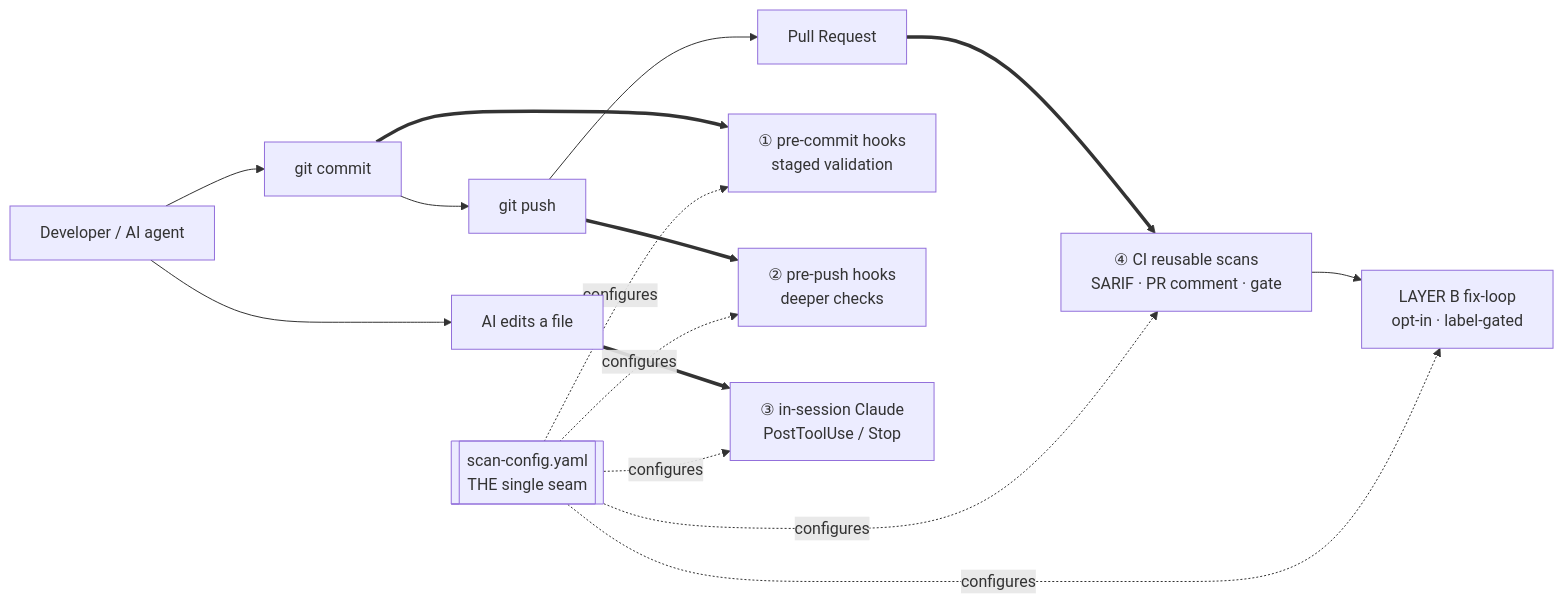
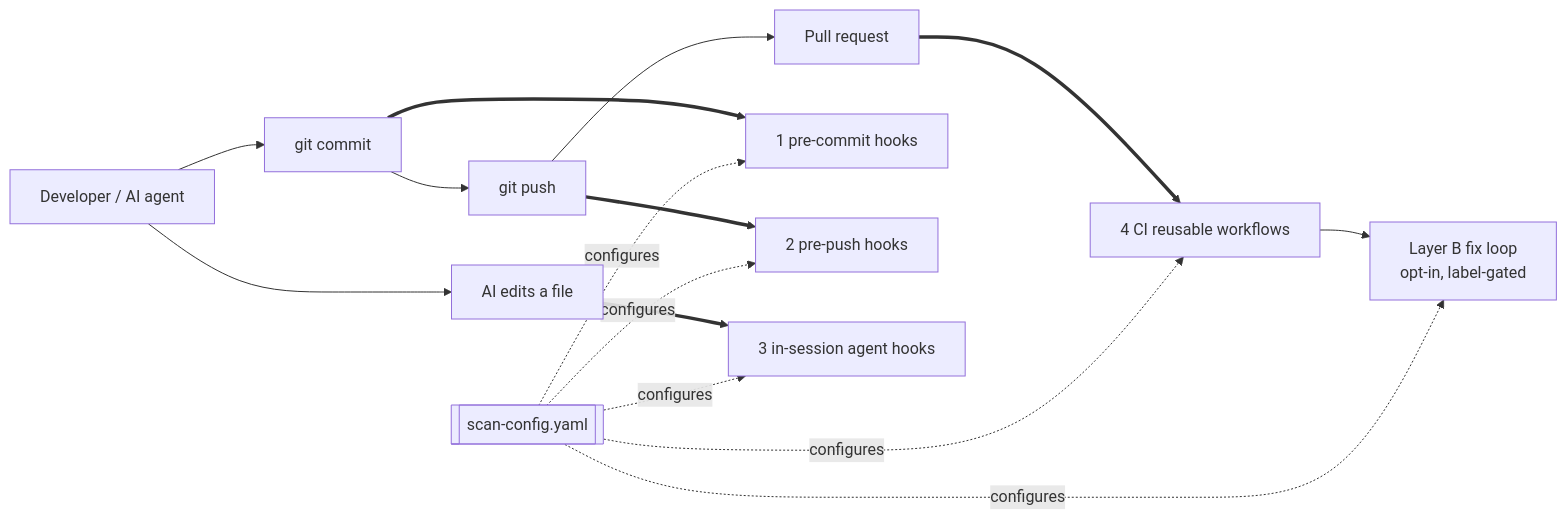
Before and after one commit to agenticcodingops/auto-code-scanning: the diagram in README.md, drawn with Mermaid. The commit also changed other lines of this file and 63 other files, not shown here.

````diff
--- a/README.md
+++ b/README.md
@@ -27,23 +39,23 @@
 ```mermaid
 flowchart LR
     dev["Developer / AI agent"]
-    cfg[["scan-config.yaml<br/>THE single seam"]]
+    cfg[["scan-config.yaml"]]
 
     dev --> commit["git commit"]
     dev --> aiedit["AI edits a file"]
     commit --> push["git push"]
-    push --> pr["Pull Request"]
+    push --> pr["Pull request"]
 
-    commit ==> PC["①  pre-commit hooks<br/>staged validation"]
-    push   ==> PP["②  pre-push hooks<br/>deeper checks"]
-    aiedit ==> IS["③  in-session Claude<br/>PostToolUse / Stop"]
-    pr     ==> CI["④  CI reusable scans<br/>SARIF · PR comment · gate"]
+    commit ==> PC["1 pre-commit hooks"]
+    push   ==> PP["2 pre-push hooks"]
+    aiedit ==> IS["3 in-session agent hooks"]
+    pr     ==> CI["4 CI reusable workflows"]
 
-    CI --> FL["LAYER B fix-loop<br/>opt-in · label-gated"]
+    CI --> FL["Layer B fix loop<br/>opt-in, label-gated"]
 
     cfg -.configures.-> PC
     cfg -.configures.-> PP
     cfg -.configures.-> IS
     cfg -.configures.-> CI
     cfg -.configures.-> FL
 ```
````
